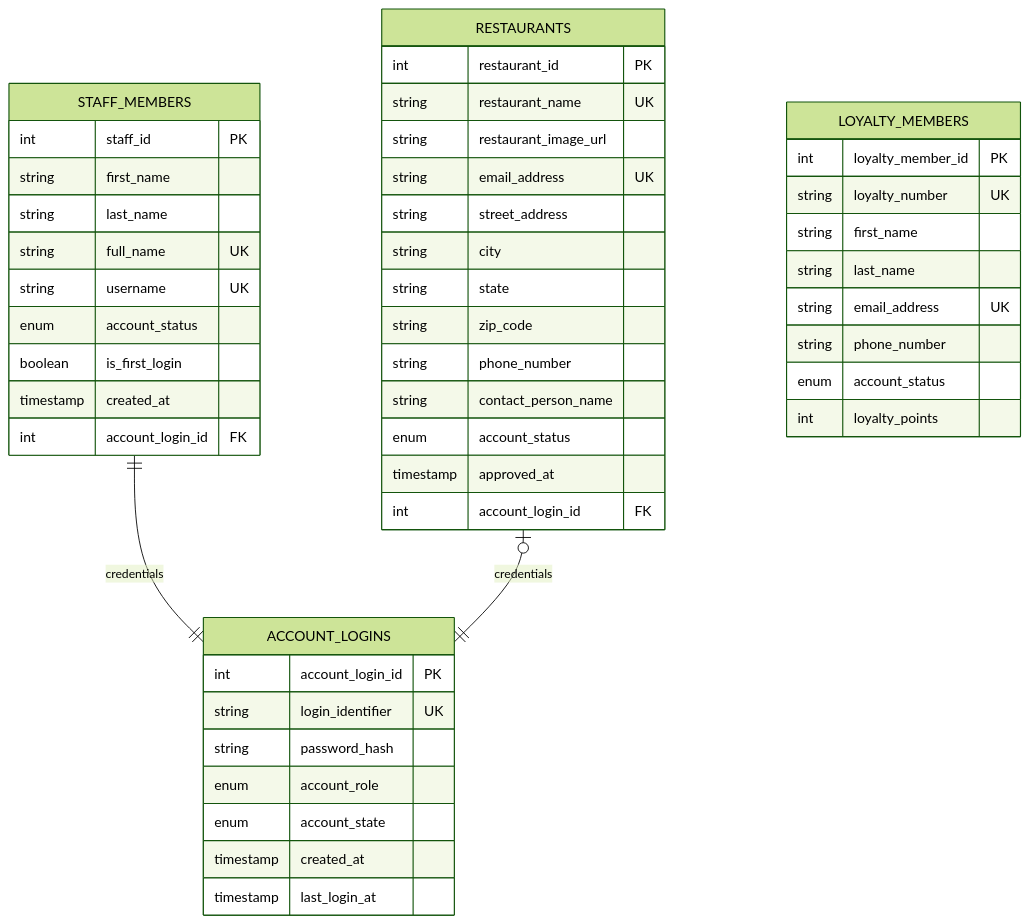
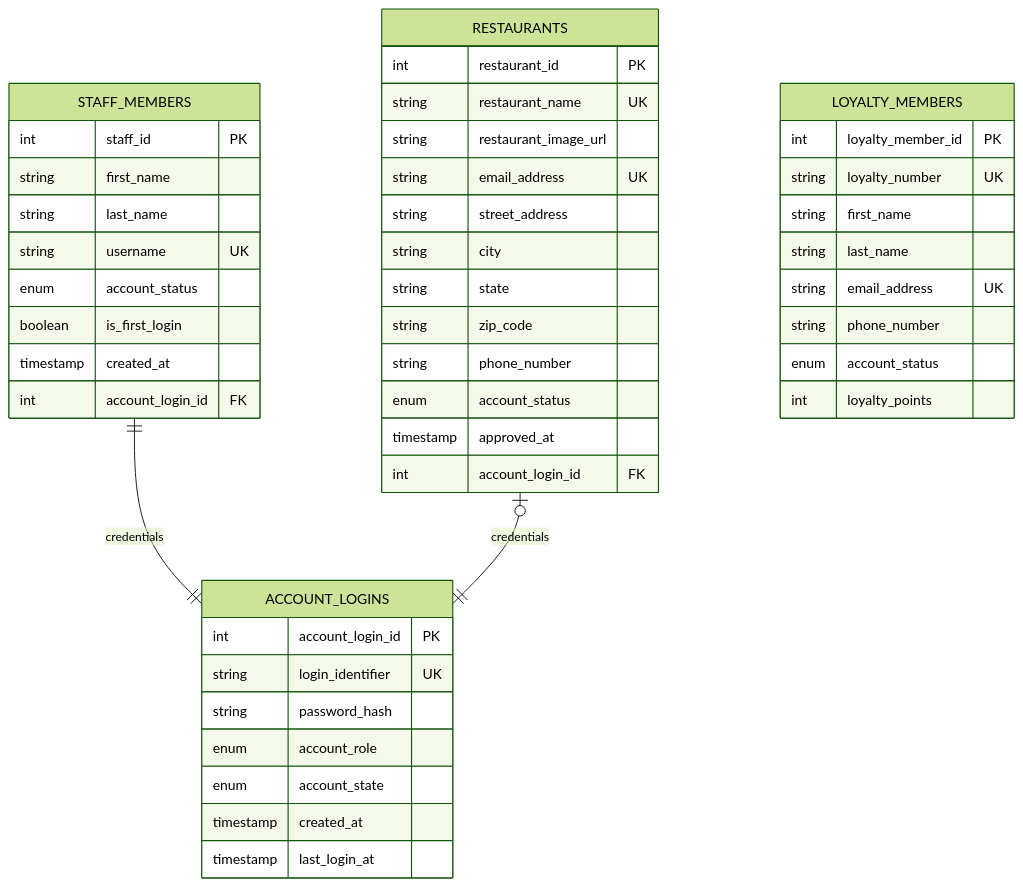
One commit to kassi-bertrand/frontdash changed the first of 4 diagrams in docs/frontdash-database-design.md. Above: the diagram before and after it, drawn with Mermaid (forest theme). The commit also changed other lines of this file, not shown here.

````diff
--- a/docs/frontdash-database-design.md
+++ b/docs/frontdash-database-design.md
@@ -364,54 +363,52 @@
 ```mermaid
 erDiagram
   ACCOUNT_LOGINS {
     int account_login_id PK
     string login_identifier UK
     string password_hash
     enum account_role
     enum account_state
     timestamp created_at
     timestamp last_login_at
   }
 
   STAFF_MEMBERS {
     int staff_id PK
     string first_name
     string last_name
-    string full_name UK
     string username UK
     enum account_status
     boolean is_first_login
     timestamp created_at
     int account_login_id FK
   }
 
   RESTAURANTS {
     int restaurant_id PK
     string restaurant_name UK
     string restaurant_image_url
     string email_address UK
     string street_address
     string city
     string state
     string zip_code
     string phone_number
-    string contact_person_name
     enum account_status
     timestamp approved_at
     int account_login_id FK
   }
 
   LOYALTY_MEMBERS {
     int loyalty_member_id PK
     string loyalty_number UK
     string first_name
     string last_name
     string email_address UK
     string phone_number
     enum account_status
     int loyalty_points
   }
 
   STAFF_MEMBERS ||--|| ACCOUNT_LOGINS : credentials
   RESTAURANTS  o|--|| ACCOUNT_LOGINS : credentials
 ```
````
